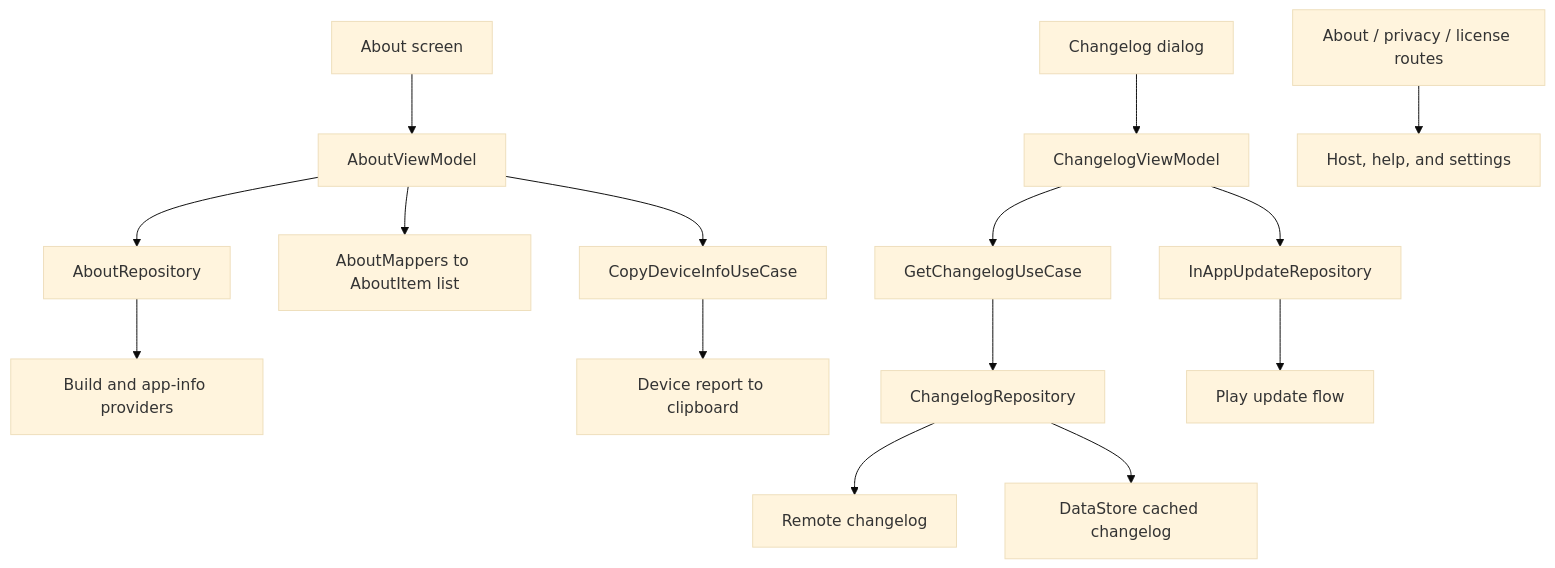
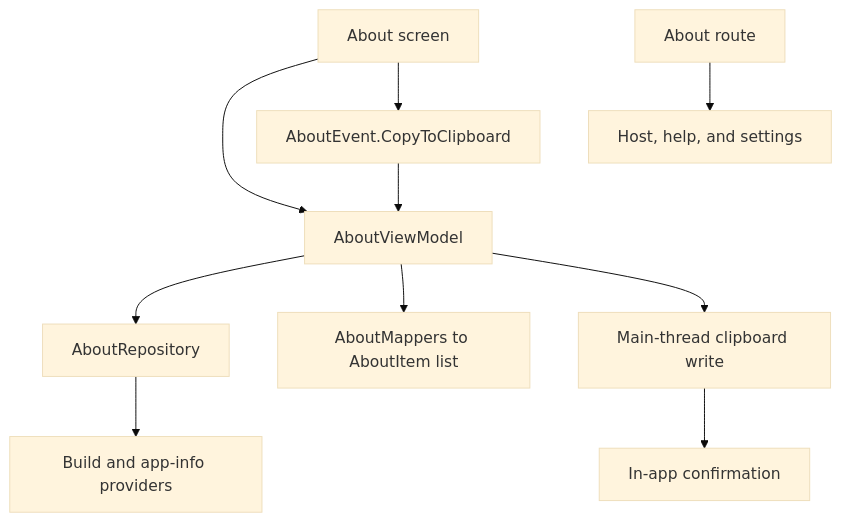
One commit to MihaiCristianCondrea/App-Toolkit-for-Android changed the diagram in library/feature/about/README.md. Above: the diagram before and after it, drawn with Mermaid (base theme). The commit also changed other lines of this file and 243 other files, not shown here.

````diff
--- a/library/feature/about/README.md
+++ b/library/feature/about/README.md
@@ -45,17 +44,12 @@
 ```mermaid
 flowchart TD
     AboutScreen[About screen] --> AboutVM[AboutViewModel]
     AboutVM --> AboutRepo[AboutRepository]
     AboutRepo --> Build[Build and app-info providers]
     AboutVM --> Mapper[AboutMappers to AboutItem list]
-    AboutVM --> CopyUC[CopyDeviceInfoUseCase]
-    CopyUC --> Clipboard[Device report to clipboard]
-    ChangelogUI[Changelog dialog] --> ChangelogVM[ChangelogViewModel]
-    ChangelogVM --> GetChangelog[GetChangelogUseCase]
-    GetChangelog --> ChangelogRepo[ChangelogRepository]
-    ChangelogRepo --> Remote[Remote changelog]
-    ChangelogRepo --> Cache[DataStore cached changelog]
-    ChangelogVM --> Update[InAppUpdateRepository]
-    Update --> Play[Play update flow]
-    Routes[About / privacy / license routes] --> Consumers[Host, help, and settings]
+    AboutScreen --> CopyEvent[AboutEvent.CopyToClipboard]
+    CopyEvent --> AboutVM
+    AboutVM --> Clipboard[Main-thread clipboard write]
+    Clipboard --> Snackbar[In-app confirmation]
+    Routes[About route] --> Consumers[Host, help, and settings]
 ```
````
